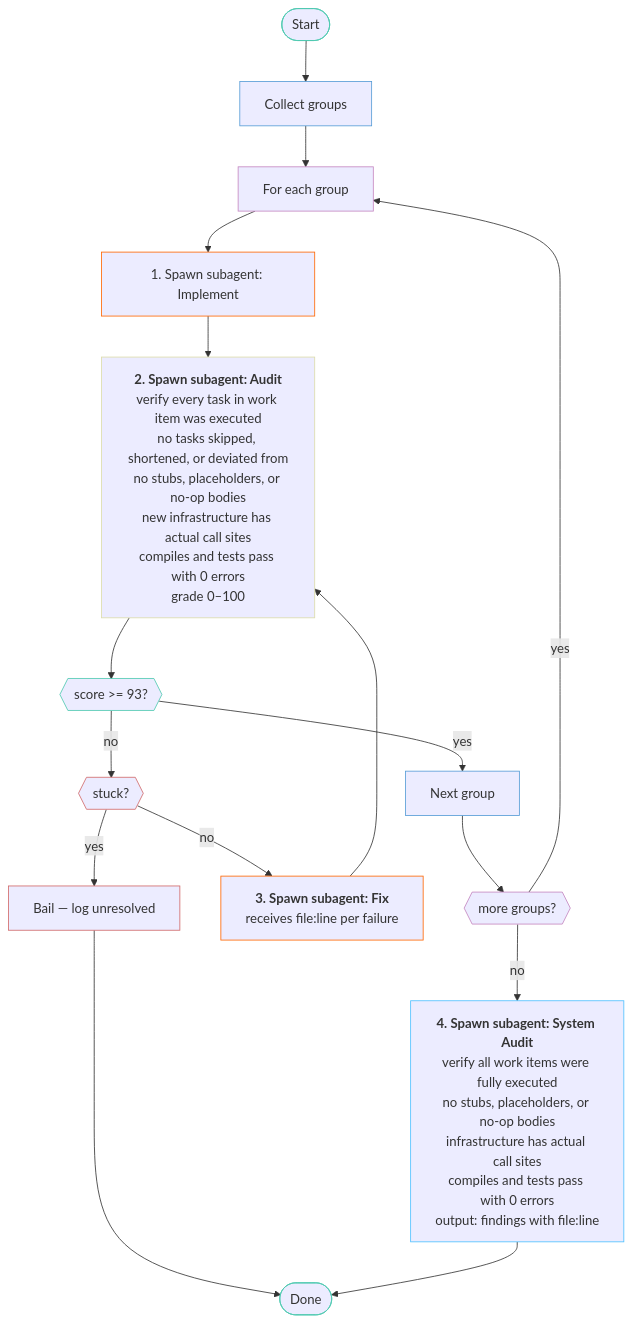
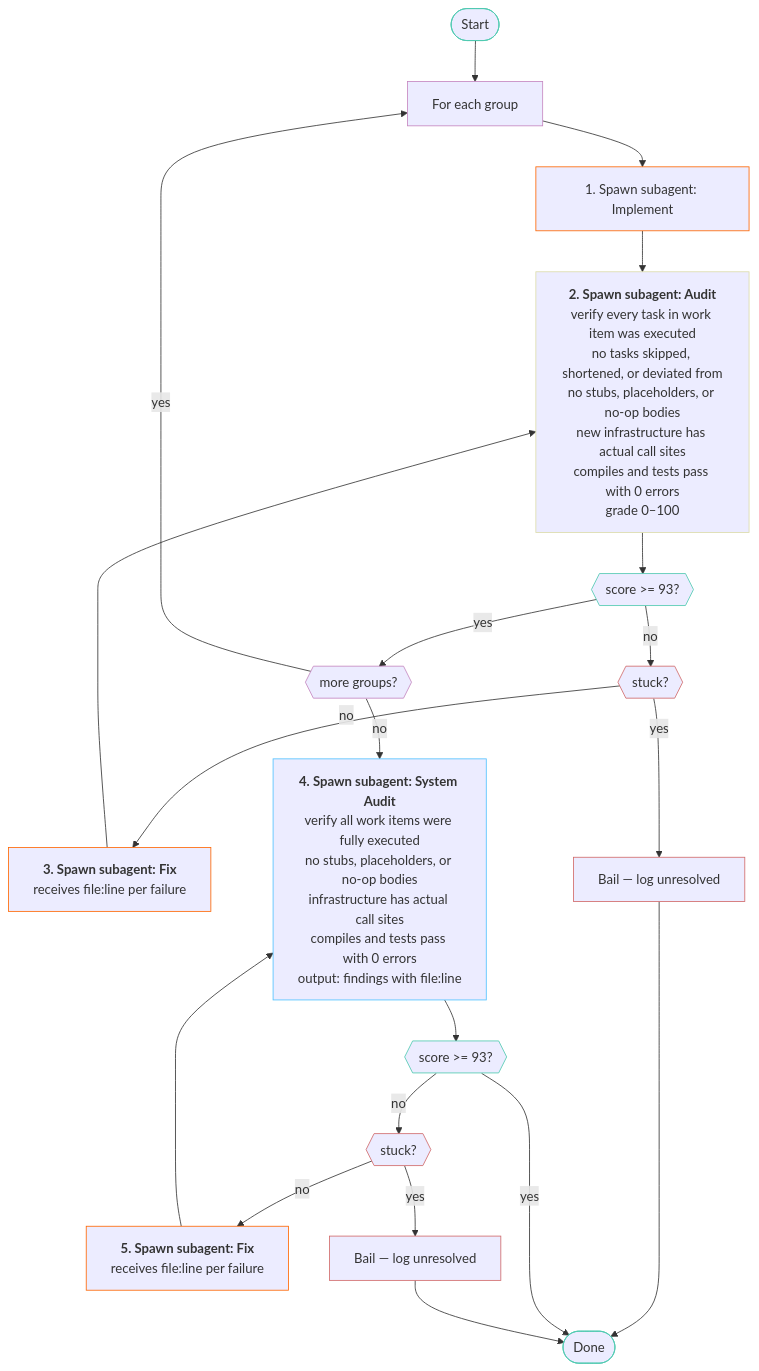
One commit to Distortedlogic/lx changed the diagram in WORKFLOW.mmd. Above: the diagram before and after it, drawn with Mermaid. The commit also changed 4 other files, not shown here.

```diff
--- a/WORKFLOW.mmd
+++ b/WORKFLOW.mmd
@@ -1,42 +1,50 @@
 graph TD
     start(["Start"]):::teal
-    start --> groups["Collect groups"]:::blue
-    groups --> loop_start["For each group"]:::purple
+    start --> loop_start["For each group"]:::purple
 
     loop_start --> implement["1. Spawn subagent: Implement"]:::orange
     implement --> audit["`**2. Spawn subagent: Audit**
 verify every task in work item was executed
 no tasks skipped, shortened, or deviated from
 no stubs, placeholders, or no-op bodies
 new infrastructure has actual call sites
 compiles and tests pass with 0 errors
 grade 0–100`"]:::yellow
     audit --> check{{"score >= 93?"}}:::teal
 
-    check -- "yes" --> next_group["Next group"]:::blue
     check -- "no" --> stuck{{"stuck?"}}:::red
-
-    stuck -- "yes" --> bail["Bail — log unresolved"]:::red
-    bail --> done
+    check -- "yes" --> more{{"more groups?"}}:::purple
 
     stuck -- "no" --> fix["`**3. Spawn subagent: Fix**
 receives file:line per failure`"]:::orange
     fix --> audit
 
-    next_group --> more{{"more groups?"}}:::purple
+    stuck -- "yes" --> bail["Bail — log unresolved"]:::red
+    bail --> done
+
     more -- "yes" --> loop_start
     more -- "no" --> sys_audit["`**4. Spawn subagent: System Audit**
 verify all work items were fully executed
 no stubs, placeholders, or no-op bodies
 infrastructure has actual call sites
 compiles and tests pass with 0 errors
 output: findings with file:line`"]:::cyan
-    sys_audit --> done(["Done"]):::teal
+    sys_audit --> sys_check{{"score >= 93?"}}:::teal
+
+    sys_check -- "no" --> sys_stuck{{"stuck?"}}:::red
+    sys_check -- "yes" --> done(["Done"]):::teal
+
+    sys_stuck -- "no" --> sys_fix["`**5. Spawn subagent: Fix**
+receives file:line per failure`"]:::orange
+    sys_fix --> sys_audit
+
+    sys_stuck -- "yes" --> sys_bail["Bail — log unresolved"]:::red
+    sys_bail --> done
 
     classDef teal stroke:#4ec9b0
     classDef blue stroke:#569cd6
     classDef purple stroke:#c586c0
     classDef orange stroke:#ff6600
     classDef yellow stroke:#dcdcaa
     classDef red stroke:#d16969
     classDef cyan stroke:#4fc1ff
```
